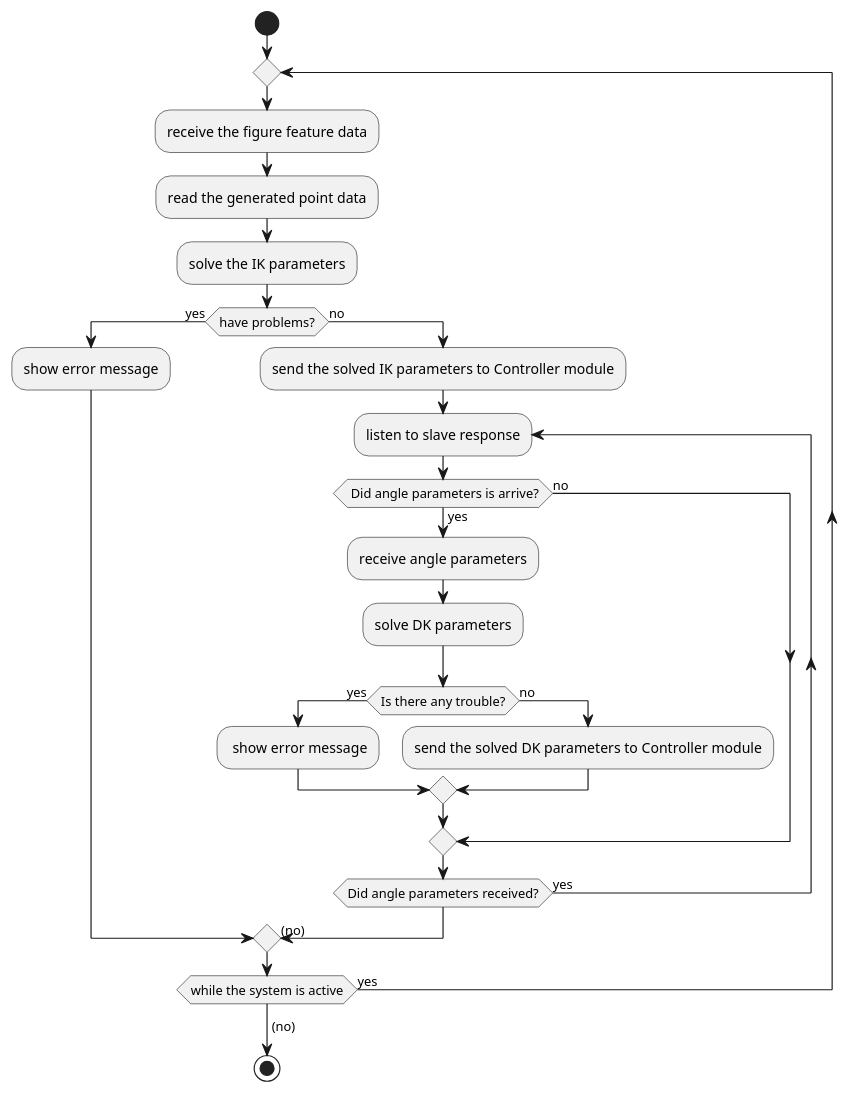
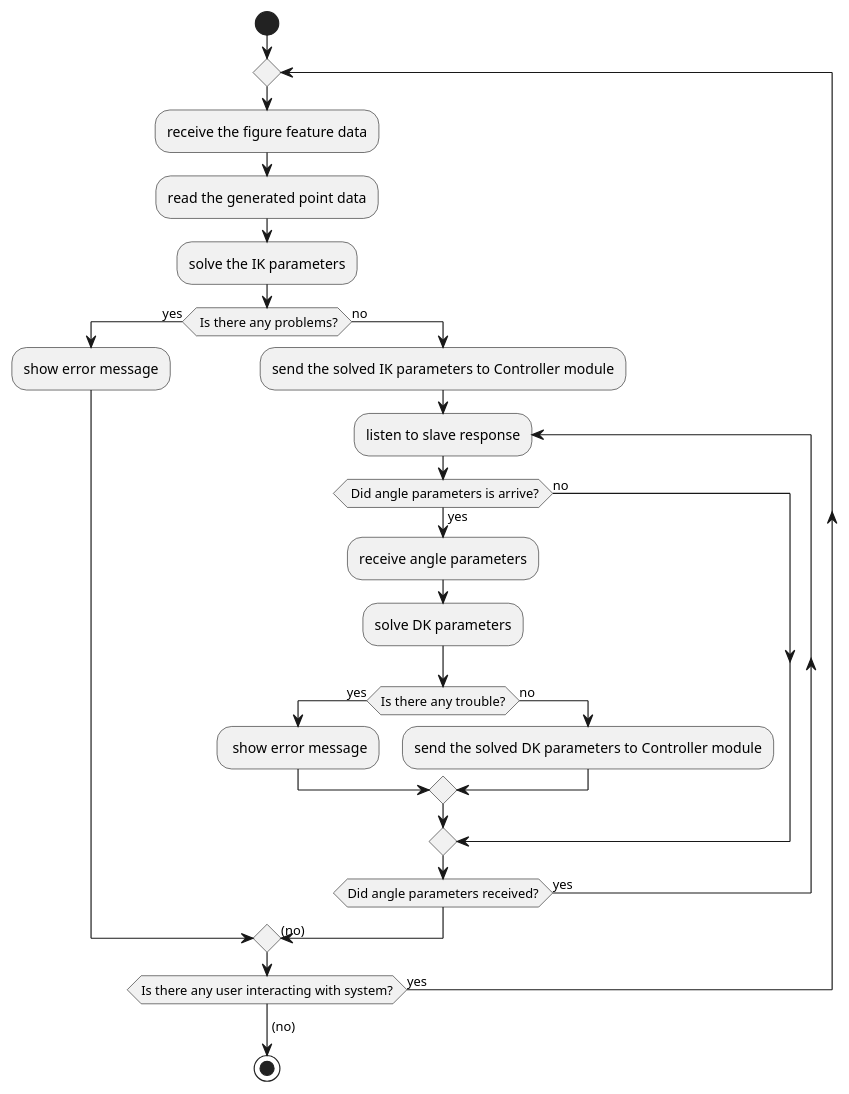
The diagram in ActivityDiagramRobotmodel.plantuml (MarcioFreitasUFSC21/RTGS-Master-Course-System), drawn with PlantUML before and after one commit. The commit also changed 4 other files, not shown here.

Commit message:
The Final Adjustements have made in all the Acitivity Diagrams of RTGS System

```diff
--- a/ActivityDiagramRobotmodel.plantuml
+++ b/ActivityDiagramRobotmodel.plantuml
@@ -1,28 +1,28 @@
 @startuml
 start
 repeat
     :receive the figure feature data;
     :read the generated point data;
     :solve the IK parameters;
-if (have problems?) then (yes)
+if ( Is there any problems?) then (yes)
     :show error message;
 else (no)
     :send the solved IK parameters to Controller module;
 repeat :listen to slave response;
     if( Did angle parameters is arrive?) then (yes)
         :receive angle parameters;
         :solve DK parameters;
         if (Is there any trouble?) then (yes)
             : show error message;
         else(no)
             :send the solved DK parameters to Controller module;
         endif
     else (no)
     endif
 repeat while (Did angle parameters received?) is (yes)
     ->(no);    
 endif
-repeat while (while the system is active) is (yes)
+repeat while (Is there any user interacting with system?) is (yes)
 ->(no);
 stop
 @enduml
```
